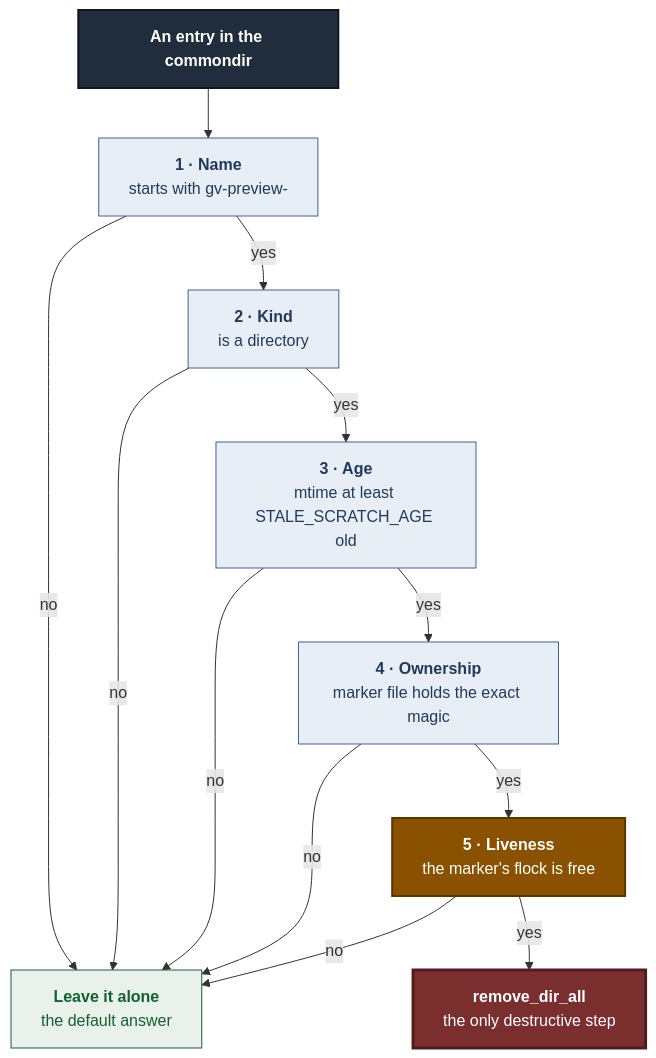
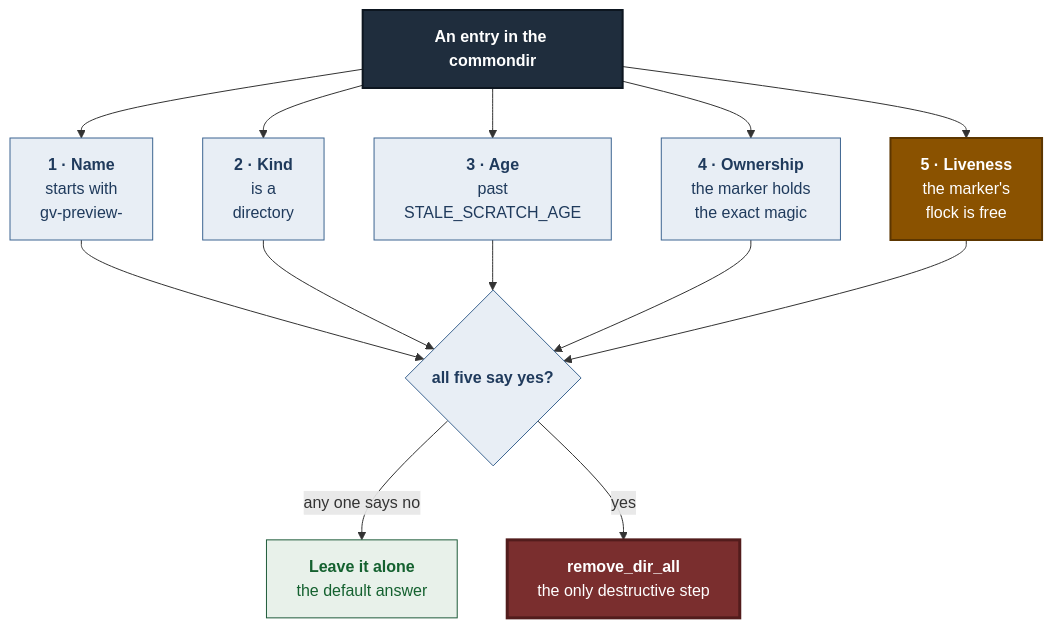
The first of 8 diagrams in docs/adr/0111-one-refusal-is-not-evidence-of-an-owner.md (tom2025b/git-vista), drawn with Mermaid before and after one commit. The commit also changed other lines of this file and 1 other file, not shown here.

First line of the commit message:
docs(#598): ADR 0111 records why one try_lock refusal proves nothing

````diff
--- a/docs/adr/0111-one-refusal-is-not-evidence-of-an-owner.md
+++ b/docs/adr/0111-one-refusal-is-not-evidence-of-an-owner.md
@@ -20,34 +20,29 @@
 ```mermaid
 flowchart TD
     E["<b>An entry in the commondir</b>"]
-    G1["<b>1 · Name</b><br/>starts with gv-preview-"]
-    G2["<b>2 · Kind</b><br/>is a directory"]
-    G3["<b>3 · Age</b><br/>mtime at least STALE_SCRATCH_AGE old"]
-    G4["<b>4 · Ownership</b><br/>marker file holds the exact magic"]
-    G5["<b>5 · Liveness</b><br/>the marker's flock is free"]
+    G1["<b>1 · Name</b><br/>starts with<br/>gv-preview-"]
+    G2["<b>2 · Kind</b><br/>is a<br/>directory"]
+    G3["<b>3 · Age</b><br/>past<br/>STALE_SCRATCH_AGE"]
+    G4["<b>4 · Ownership</b><br/>the marker holds<br/>the exact magic"]
+    G5["<b>5 · Liveness</b><br/>the marker's<br/>flock is free"]
+    Q{"<b>all five say yes?</b>"}
     D["<b>remove_dir_all</b><br/>the only destructive step"]
     L["<b>Leave it alone</b><br/>the default answer"]
 
-    E --> G1
-    G1 -->|no| L
-    G1 -->|yes| G2
-    G2 -->|no| L
-    G2 -->|yes| G3
-    G3 -->|no| L
-    G3 -->|yes| G4
-    G4 -->|no| L
-    G4 -->|yes| G5
-    G5 -->|no| L
-    G5 -->|yes| D
+    E --> G1 & G2 & G3 & G4 & G5
+    G1 & G2 & G3 & G4 & G5 --> Q
+    Q -->|"any one says no"| L
+    Q -->|yes| D
 
     classDef entry fill:#1f2d3d,color:#ffffff,stroke:#0d1620,stroke-width:2px
     classDef gate fill:#e8eef5,color:#1f3a5c,stroke:#3d6591,stroke-width:1px
     classDef live fill:#8a5200,color:#ffffff,stroke:#5c3600,stroke-width:2px
     classDef danger fill:#7a2e2e,color:#ffffff,stroke:#521c1c,stroke-width:3px
     classDef safe fill:#e8f1ea,color:#14612f,stroke:#1f5c3a,stroke-width:1px
     class E entry
     class G1,G2,G3,G4 gate
     class G5 live
+    class Q gate
     class D danger
     class L safe
 ```
````
